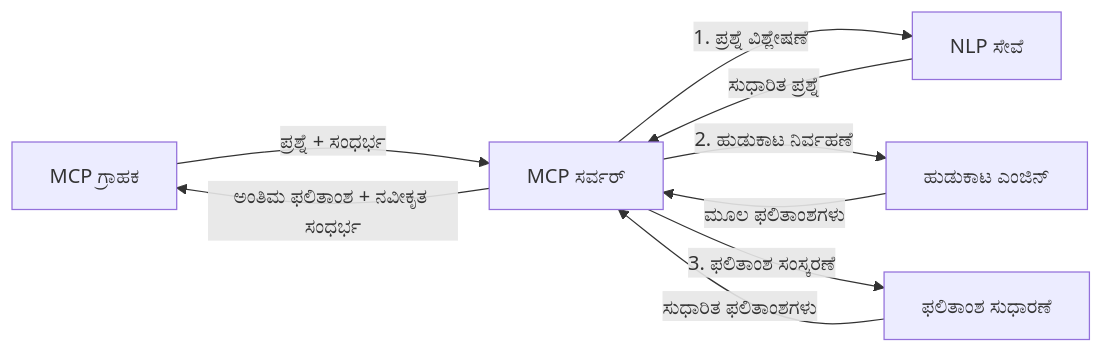
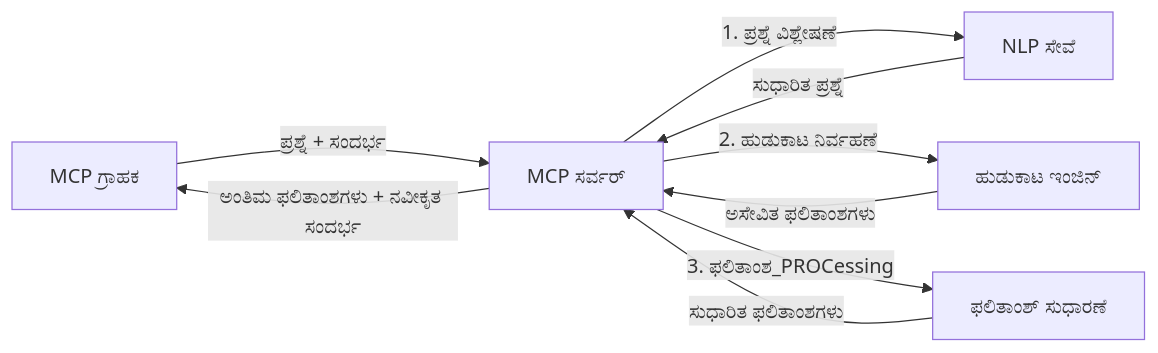
One commit to microsoft/mcp-for-beginners changed the fourth of 4 diagrams in translations/kn/05-AdvancedTopics/mcp-realtimesearch/README.md. Above: the diagram before and after it, drawn with Mermaid. The commit also changed other lines of this file and 112 other files, not shown here.

````diff
--- a/translations/kn/05-AdvancedTopics/mcp-realtimesearch/README.md
+++ b/translations/kn/05-AdvancedTopics/mcp-realtimesearch/README.md
@@ -626,11 +628,11 @@
 ```mermaid
 graph LR
-    Client[MCP ಗ್ರಾಹಕ] --> |ಪ್ರಶ್ನೆ + ಸಂಧರ್ಭ| Server[MCP ಸರ್ವರ್]
+    Client[MCP ಗ್ರಾಹಕ] --> |ಪ್ರಶ್ನೆ + ಸಂದರ್ಭ| Server[MCP ಸರ್ವರ್]
     Server --> |1. ಪ್ರಶ್ನೆ ವಿಶ್ಲೇಷಣೆ| NLP[NLP ಸೇವೆ]
     NLP --> |ಸುಧಾರಿತ ಪ್ರಶ್ನೆ| Server
-    Server --> |2. ಹುಡುಕಾಟ ನಿರ್ವಹಣೆ| Search[ಹುಡುಕಾಟ ಎಂಜಿನ್]
-    Search --> |ಮೂಲ ಫಲಿತಾಂಶಗಳು| Server
-    Server --> |3. ಫಲಿತಾಂಶ ಸಂಸ್ಕರಣೆ| Enhancement[ಫಲಿತಾಂಶ ಸುಧಾರಣೆ]
+    Server --> |2. ಹುಡುಕಾಟ ನಿರ್ವಹಣೆ| Search[ಹುಡುಕಾಟ ಇಂಜಿನ್]
+    Search --> |ಅಸೇವಿತ ಫಲಿತಾಂಶಗಳು| Server
+    Server --> |3. ಫಲಿತಾಂಶ_PROCessing| Enhancement[ಫಲಿತಾಂಶ್ ಸುಧಾರಣೆ]
     Enhancement --> |ಸುಧಾರಿತ ಫಲಿತಾಂಶಗಳು| Server
-    Server --> |ಅಂತಿಮ ಫಲಿತಾಂಶ + ನವೀಕೃತ ಸಂಧರ್ಭ| Client
+    Server --> |ಅಂತಿಮ ಫಲಿತಾಂಶಗಳು + ನವೀಕೃತ ಸಂದರ್ಭ| Client
 ```
````
